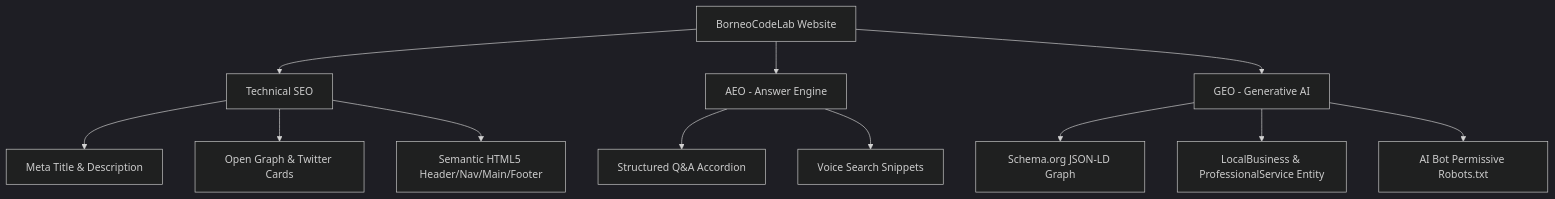
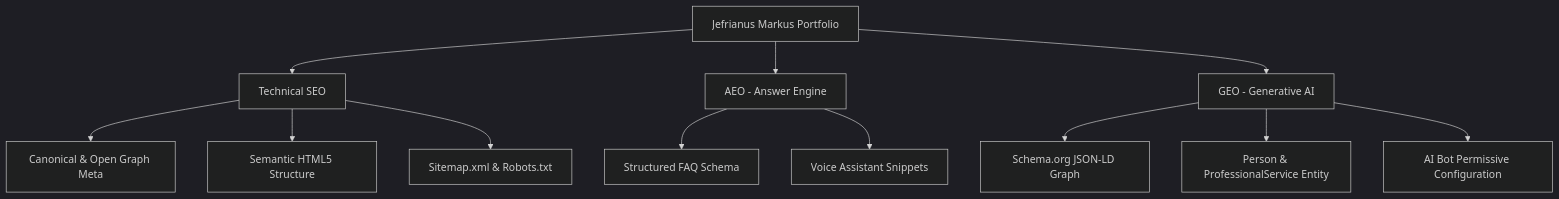
The diagram in README.md (jefry195/profil), drawn with Mermaid (dark theme) before and after one commit. The commit also changed other lines of this file, not shown here.

Commit message:
docs(readme): polish GitHub README with clean typography, badges, case studies, and SEO/GEO diagram

````diff
--- a/README.md
+++ b/README.md
@@ -72,17 +79,17 @@
 ```mermaid
 graph TD
-    A[BorneoCodeLab Website] --> B[Technical SEO]
+    A[Jefrianus Markus Portfolio] --> B[Technical SEO]
     A --> C[AEO - Answer Engine]
     A --> D[GEO - Generative AI]
 
-    B --> B1[Meta Title & Description]
-    B --> B2[Open Graph & Twitter Cards]
-    B --> B3[Semantic HTML5 Header/Nav/Main/Footer]
+    B --> B1[Canonical & Open Graph Meta]
+    B --> B2[Semantic HTML5 Structure]
+    B --> B3[Sitemap.xml & Robots.txt]
     
-    C --> C1[Structured Q&A Accordion]
-    C --> C2[Voice Search Snippets]
+    C --> C1[Structured FAQ Schema]
+    C --> C2[Voice Assistant Snippets]
 
     D --> D1[Schema.org JSON-LD Graph]
-    D --> D2[LocalBusiness & ProfessionalService Entity]
-    D --> D3[AI Bot Permissive Robots.txt]
+    D --> D2[Person & ProfessionalService Entity]
+    D --> D3[AI Bot Permissive Configuration]
 ```
````
